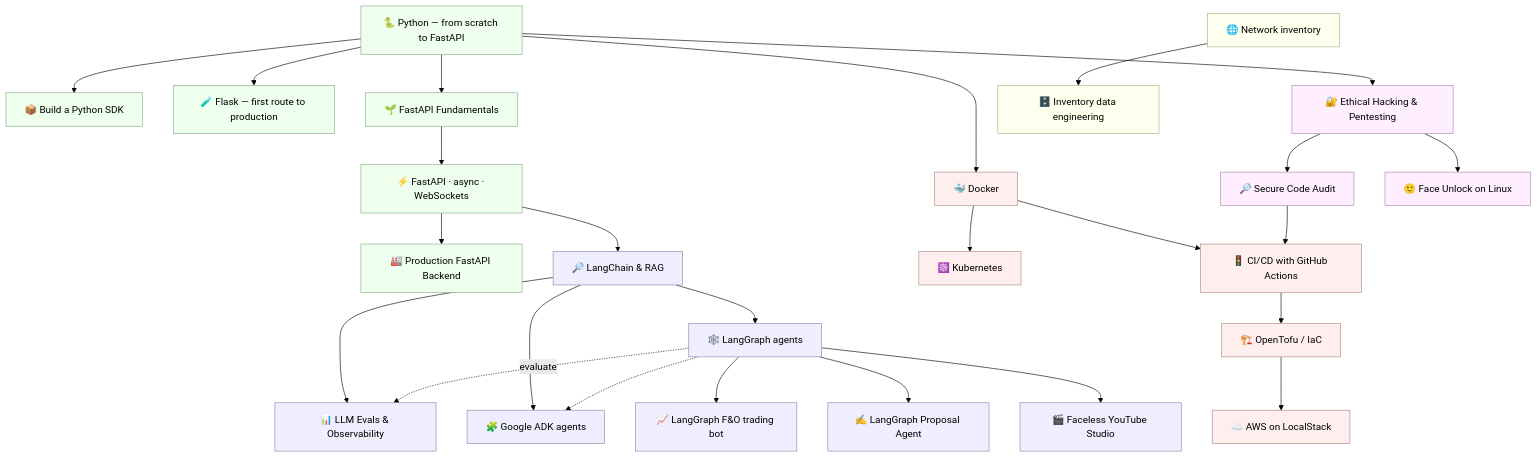
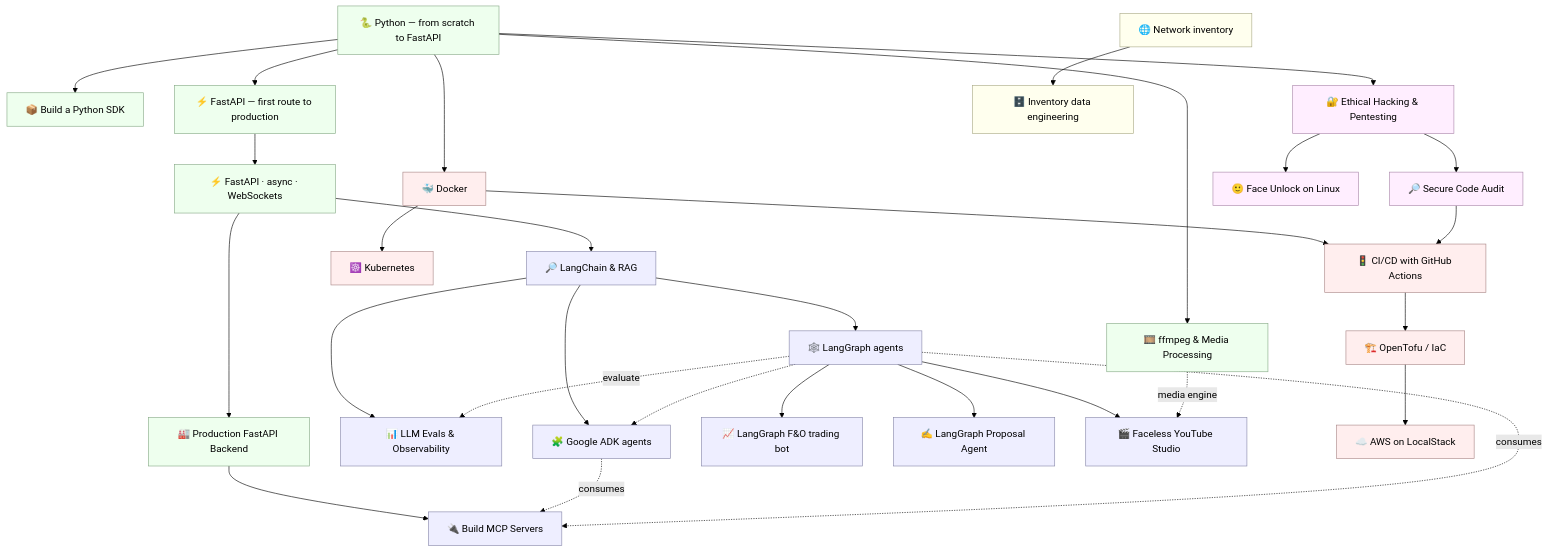
The diagram in README.md (RahulHalpati/learning_docs), drawn with Mermaid (forest theme) before and after one commit. The commit also changed other lines of this file and 202 other files, not shown here.

First line of the commit message:
feat: restructure courses around unified FastAPI track; add MCP, ffmpeg, sprint plan

````diff
--- a/README.md
+++ b/README.md
@@ -17,39 +19,43 @@
 ```mermaid
 flowchart TD
     PY[🐍 Python — from scratch to FastAPI]
     PY --> SDK[📦 Build a Python SDK]
-    PY --> FL[🧪 Flask — first route to production]
-    PY --> FUND[🌱 FastAPI Fundamentals]
-    FUND --> API[⚡ FastAPI · async · WebSockets]
+    PY --> FC[⚡ FastAPI — first route to production]
+    FC --> API[⚡ FastAPI · async · WebSockets]
     API --> BE[🏭 Production FastAPI Backend]
     API --> RAG[🔎 LangChain & RAG]
     RAG --> EV[📊 LLM Evals & Observability]
     RAG --> LG[🕸️ LangGraph agents]
     RAG --> ADK[🧩 Google ADK agents]
     LG -.-> ADK
+    BE --> MCP[🔌 Build MCP Servers]
+    ADK -.consumes.-> MCP
+    LG -.consumes.-> MCP
     LG --> BOT[📈 LangGraph F&O trading bot]
     LG --> PA[✍️ LangGraph Proposal Agent]
     LG --> FYT[🎬 Faceless YouTube Studio]
     LG -.evaluate.-> EV
+    PY --> FF[🎞️ ffmpeg & Media Processing]
+    FF -.media engine.-> FYT
     PY --> DOK[🐳 Docker]
     DOK --> K8S[☸️ Kubernetes]
     DOK --> CICD[🚦 CI/CD with GitHub Actions]
     CA --> CICD
     CICD --> TOFU[🏗️ OpenTofu / IaC]
     TOFU --> LS[☁️ AWS on LocalStack]
     PY --> EH[🔐 Ethical Hacking & Pentesting]
     EH --> CA[🔎 Secure Code Audit]
     EH --> FU[🙂 Face Unlock on Linux]
     NET[🌐 Network inventory] --> DATA[🗄️ Inventory data engineering]
 
     classDef ai fill:#eef,stroke:#88a
     classDef core fill:#efe,stroke:#8a8
     classDef infra fill:#fee,stroke:#a88
     classDef data fill:#ffe,stroke:#aa8
     classDef sec fill:#fef,stroke:#a8a
-    class PY,SDK,FL,FUND,API,BE core
-    class RAG,LG,ADK,EV,BOT,PA,FYT ai
+    class PY,SDK,FC,API,BE,FF core
+    class RAG,LG,ADK,EV,BOT,PA,FYT,MCP ai
     class DOK,K8S,CICD,TOFU,LS infra
     class NET,DATA data
     class EH,CA,FU sec
 ```
````
